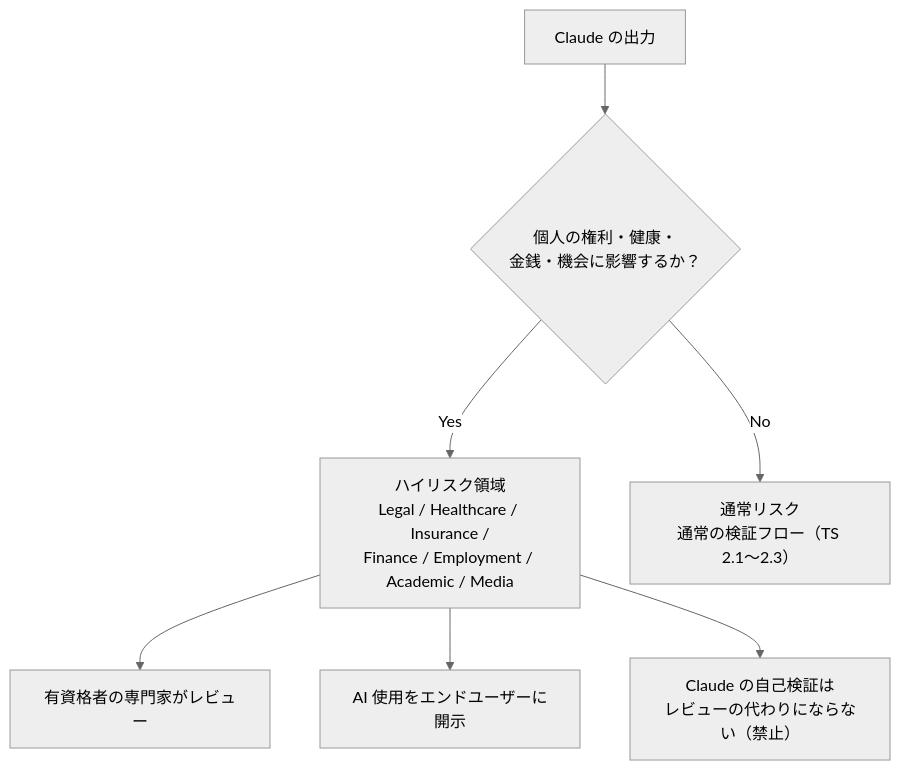
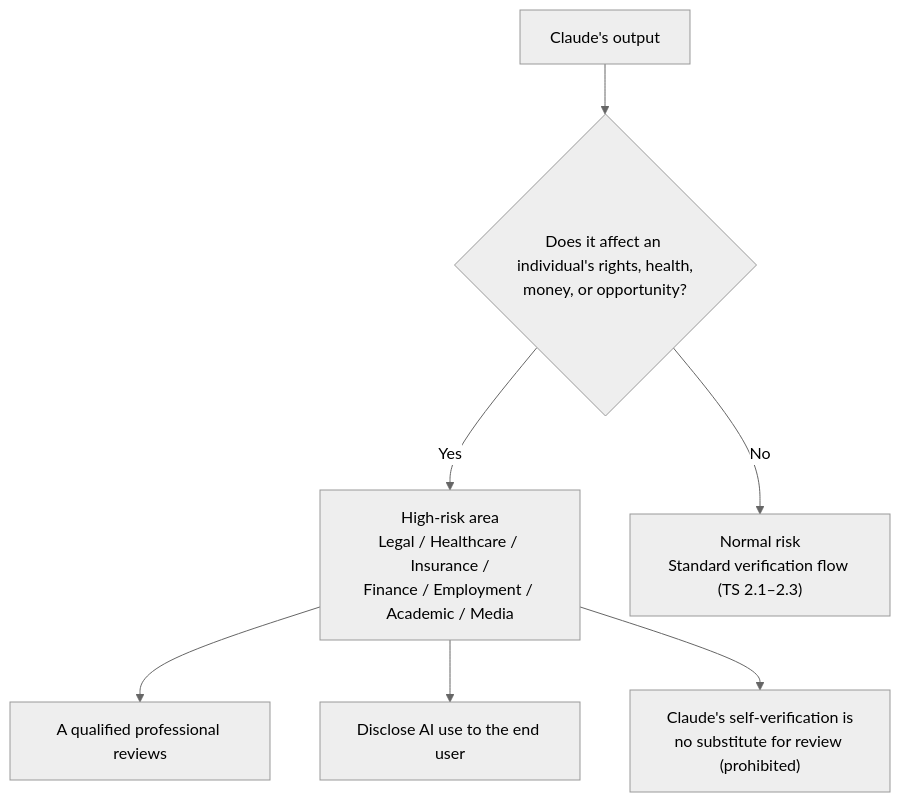
The fourth of 19 diagrams in guide.md (AbdullahMufti/ccao-f-guide), drawn with Mermaid (neutral theme) before and after one commit. The commit also changed other lines of this file and 3 other files, not shown here.

````diff
--- a/guide.md
+++ b/guide.md
@@ -304,9 +304,9 @@
 ```mermaid
 flowchart TD
-    START["Claude の出力"] --> Q{"個人の権利・健康・<br/>金銭・機会に影響するか？"}
-    Q -->|"Yes"| HR["ハイリスク領域<br/>Legal / Healthcare / Insurance /<br/>Finance / Employment / Academic / Media"]
-    Q -->|"No"| NR["通常リスク<br/>通常の検証フロー（TS 2.1〜2.3）"]
-    HR --> A1["有資格者の専門家がレビュー"]
-    HR --> A2["AI 使用をエンドユーザーに開示"]
-    HR --> A3["Claude の自己検証は<br/>レビューの代わりにならない（禁止）"]
+    START["Claude's output"] --> Q{"Does it affect an individual's rights, health,<br/>money, or opportunity?"}
+    Q -->|"Yes"| HR["High-risk area<br/>Legal / Healthcare / Insurance /<br/>Finance / Employment / Academic / Media"]
+    Q -->|"No"| NR["Normal risk<br/>Standard verification flow (TS 2.1–2.3)"]
+    HR --> A1["A qualified professional reviews"]
+    HR --> A2["Disclose AI use to the end user"]
+    HR --> A3["Claude's self-verification is<br/>no substitute for review (prohibited)"]
 ```
````
